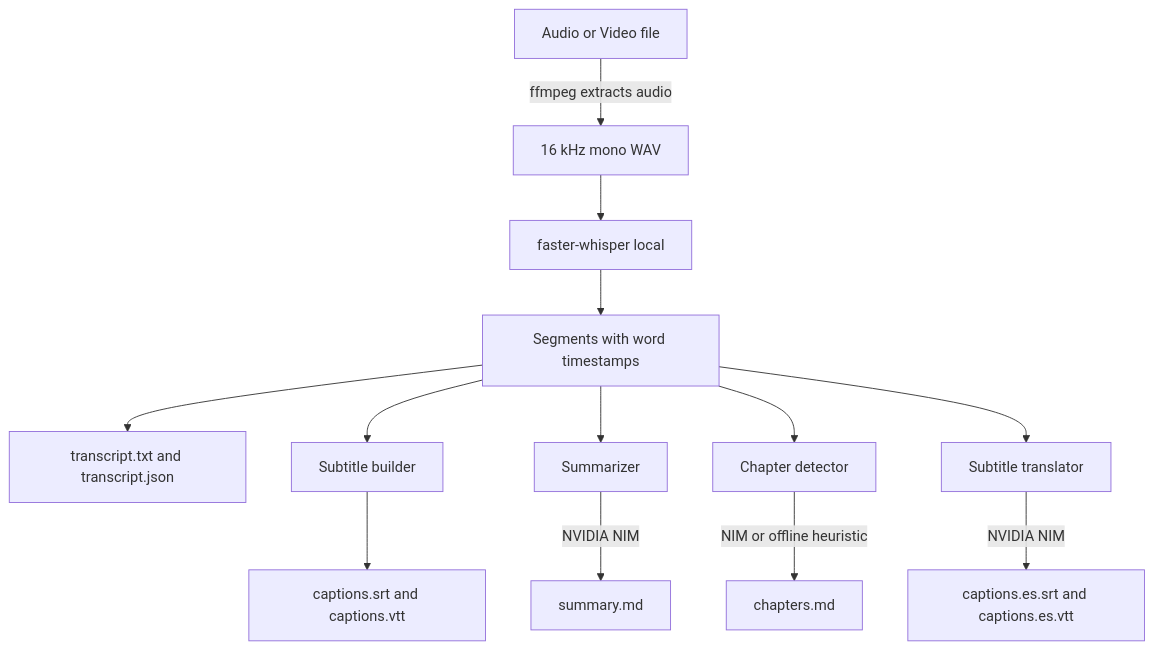
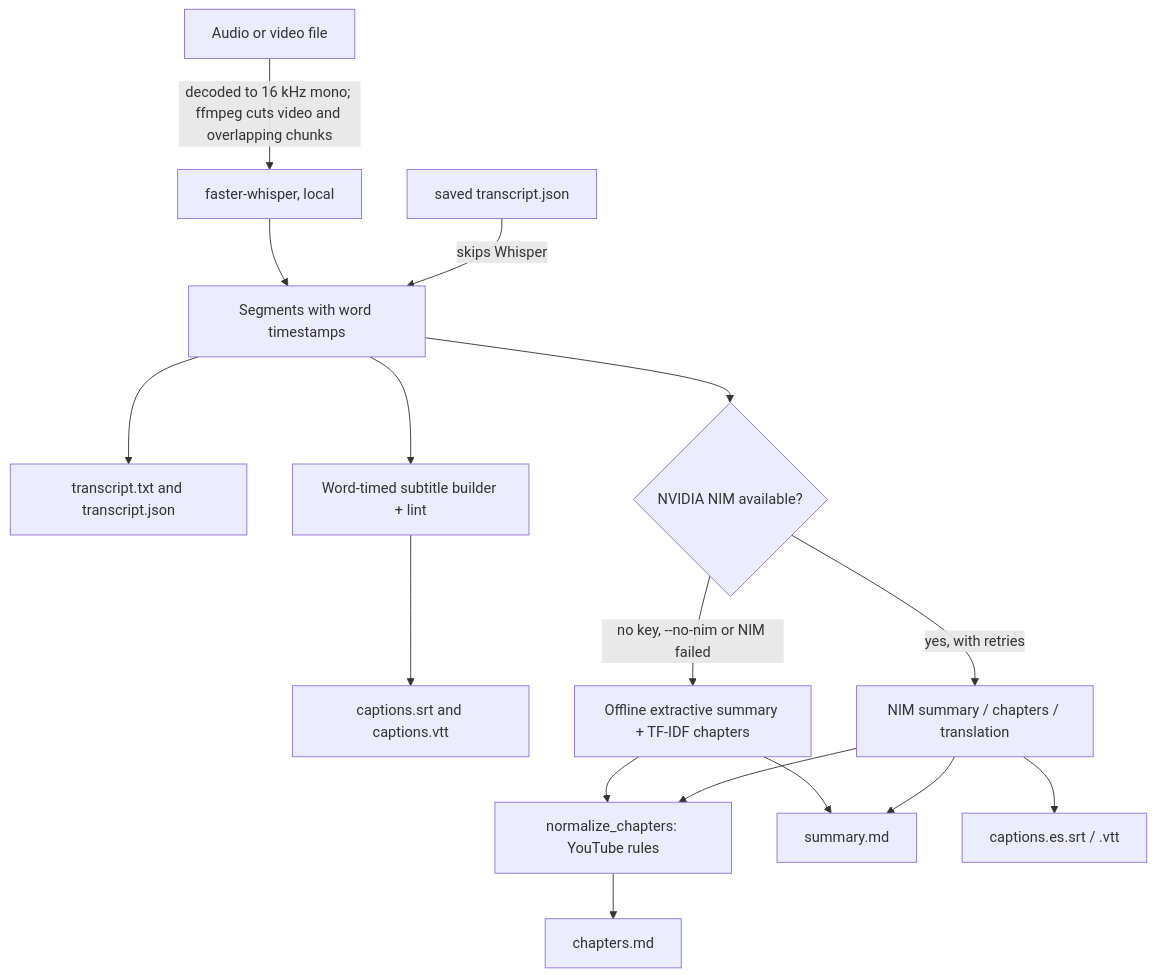
The diagram in README.md (AleBrito124356/transcribe-studio), drawn with Mermaid before and after one commit. The commit also changed other lines of this file and 1 other file, not shown here.

````diff
--- a/README.md
+++ b/README.md
@@ -26,15 +72,18 @@
 ```mermaid
 flowchart TD
-    A[Audio or Video file] -->|ffmpeg extracts audio| B[16 kHz mono WAV]
-    B --> C[faster-whisper local]
-    C --> D[Segments with word timestamps]
+    A[Audio or video file] -->|decoded to 16 kHz mono; ffmpeg cuts video and overlapping chunks| B[faster-whisper, local]
+    J0[saved transcript.json] -->|skips Whisper| D
+    B --> D[Segments with word timestamps]
     D --> E[transcript.txt and transcript.json]
-    D --> F[Subtitle builder]
+    D --> F[Word-timed subtitle builder + lint]
     F --> G[captions.srt and captions.vtt]
-    D --> H[Summarizer]
-    D --> I[Chapter detector]
-    D --> J[Subtitle translator]
-    H -->|NVIDIA NIM| K[summary.md]
-    I -->|NIM or offline heuristic| L[chapters.md]
-    J -->|NVIDIA NIM| M[captions.es.srt and captions.es.vtt]
+    D --> H{NVIDIA NIM available?}
+    H -->|yes, with retries| K1[NIM summary / chapters / translation]
+    H -->|no key, --no-nim or NIM failed| K2[Offline extractive summary + TF-IDF chapters]
+    K1 --> N[normalize_chapters: YouTube rules]
+    K2 --> N
+    K1 --> S[summary.md]
+    K2 --> S
+    N --> L[chapters.md]
+    K1 --> M[captions.es.srt / .vtt]
 ```
````
